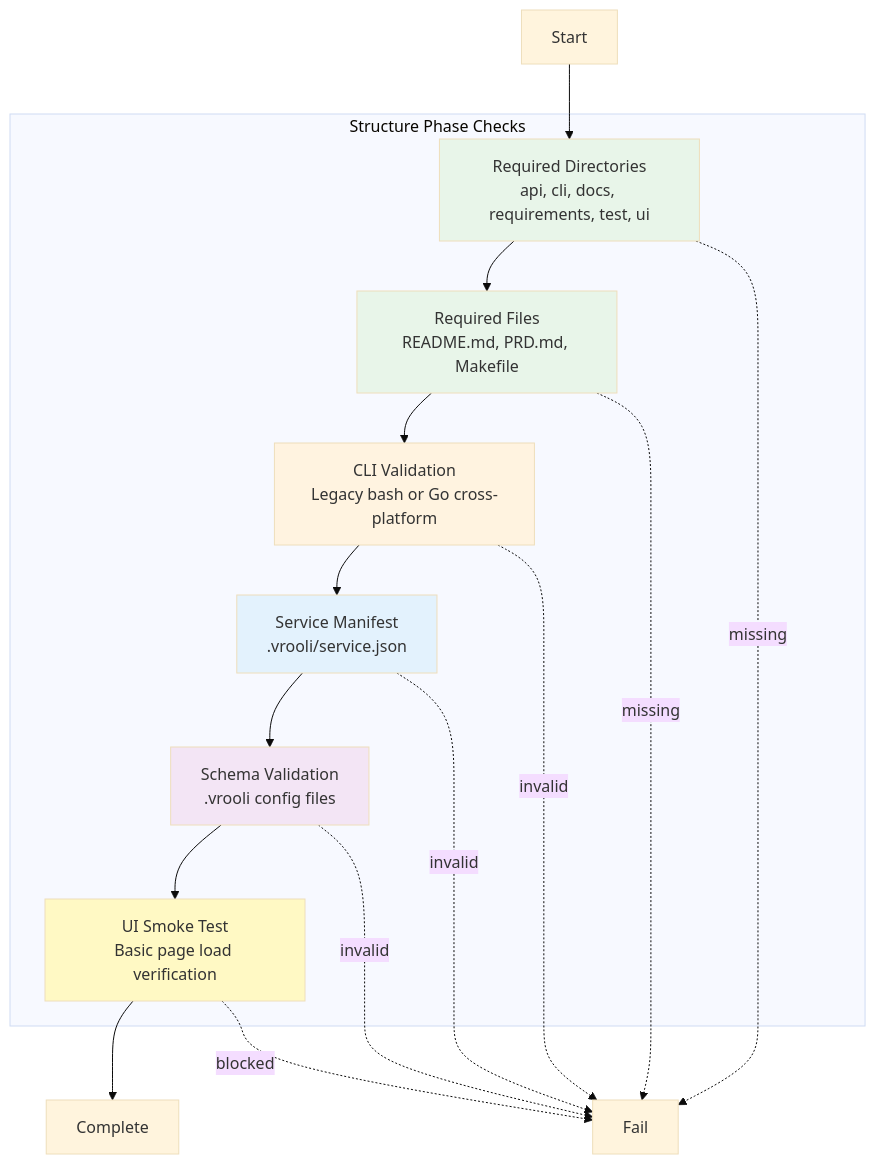
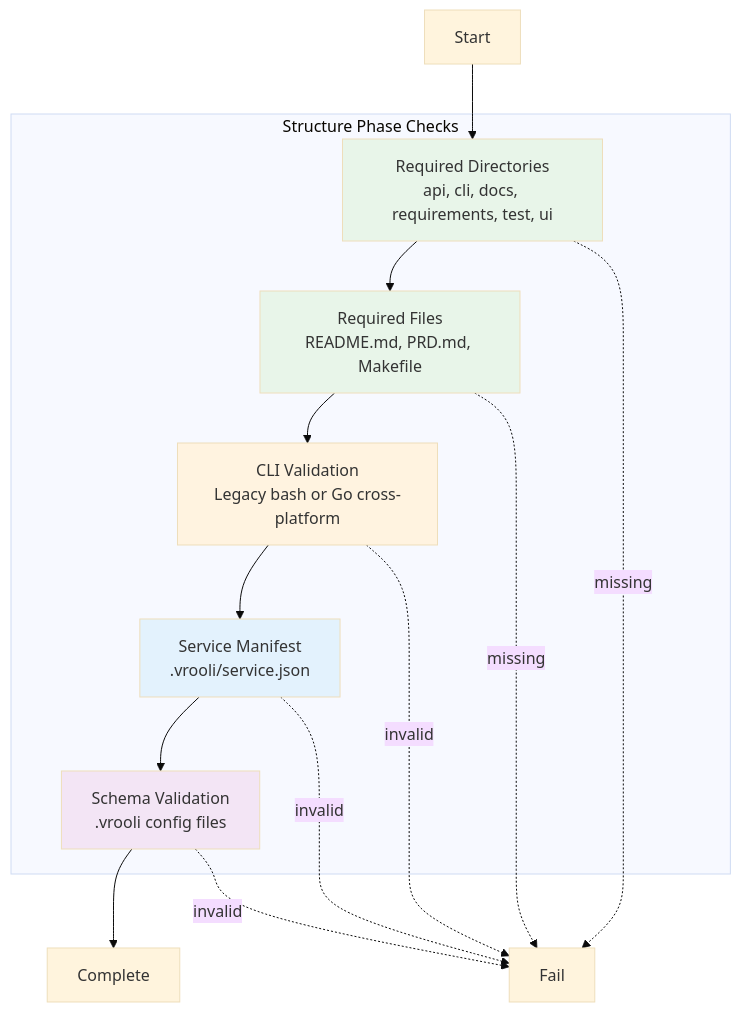
Before and after one commit to Vrooli/Vrooli: the diagram in scenarios/test-genie/docs/phases/structure/README.md, drawn with Mermaid (base theme). The commit also changed other lines of this file and 56 other files, not shown here.

````diff
--- a/scenarios/test-genie/docs/phases/structure/README.md
+++ b/scenarios/test-genie/docs/phases/structure/README.md
@@ -12,33 +12,29 @@
 ```mermaid
 graph TB
     subgraph "Structure Phase Checks"
         DIRS[Required Directories<br/>api, cli, docs, requirements, test, ui]
         FILES[Required Files<br/>README.md, PRD.md, Makefile]
         CLI[CLI Validation<br/>Legacy bash or Go cross-platform]
         MANIFEST[Service Manifest<br/>.vrooli/service.json]
         SCHEMA[Schema Validation<br/>.vrooli config files]
-        SMOKE[UI Smoke Test<br/>Basic page load verification]
     end
 
     START[Start] --> DIRS
     DIRS --> FILES
     FILES --> CLI
     CLI --> MANIFEST
     MANIFEST --> SCHEMA
-    SCHEMA --> SMOKE
-    SMOKE --> DONE[Complete]
+    SCHEMA --> DONE[Complete]
 
     DIRS -.->|missing| FAIL[Fail]
     FILES -.->|missing| FAIL
     CLI -.->|invalid| FAIL
     MANIFEST -.->|invalid| FAIL
     SCHEMA -.->|invalid| FAIL
-    SMOKE -.->|blocked| FAIL
 
     style DIRS fill:#e8f5e9
     style FILES fill:#e8f5e9
     style CLI fill:#fff3e0
     style MANIFEST fill:#e3f2fd
     style SCHEMA fill:#f3e5f5
-    style SMOKE fill:#fff9c4
 ```
````
